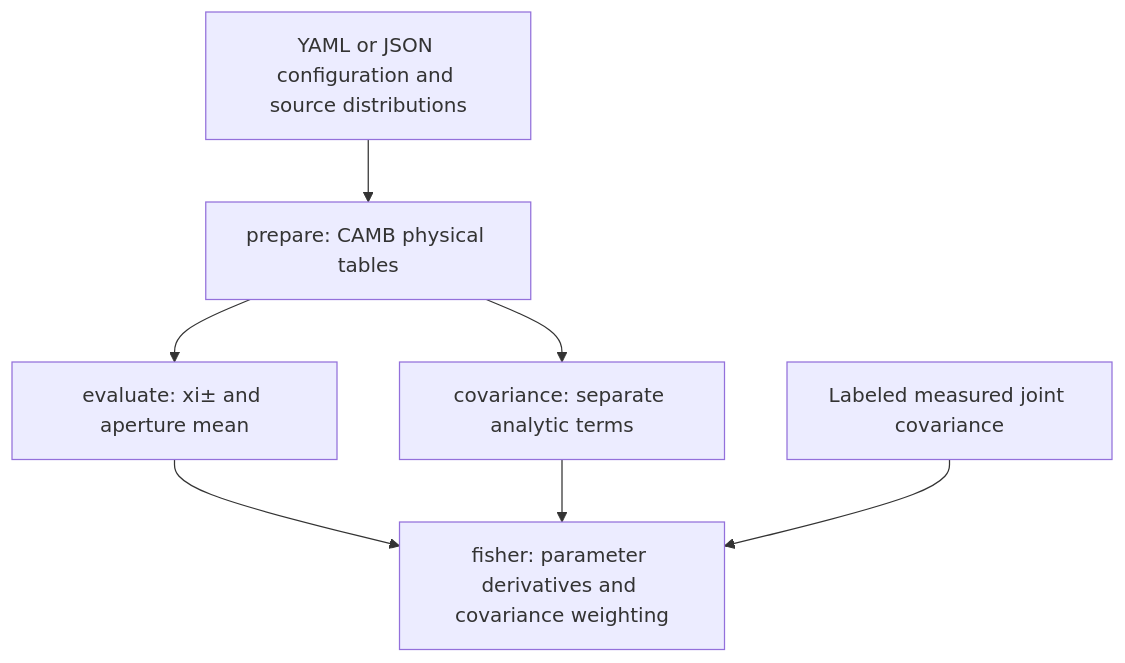
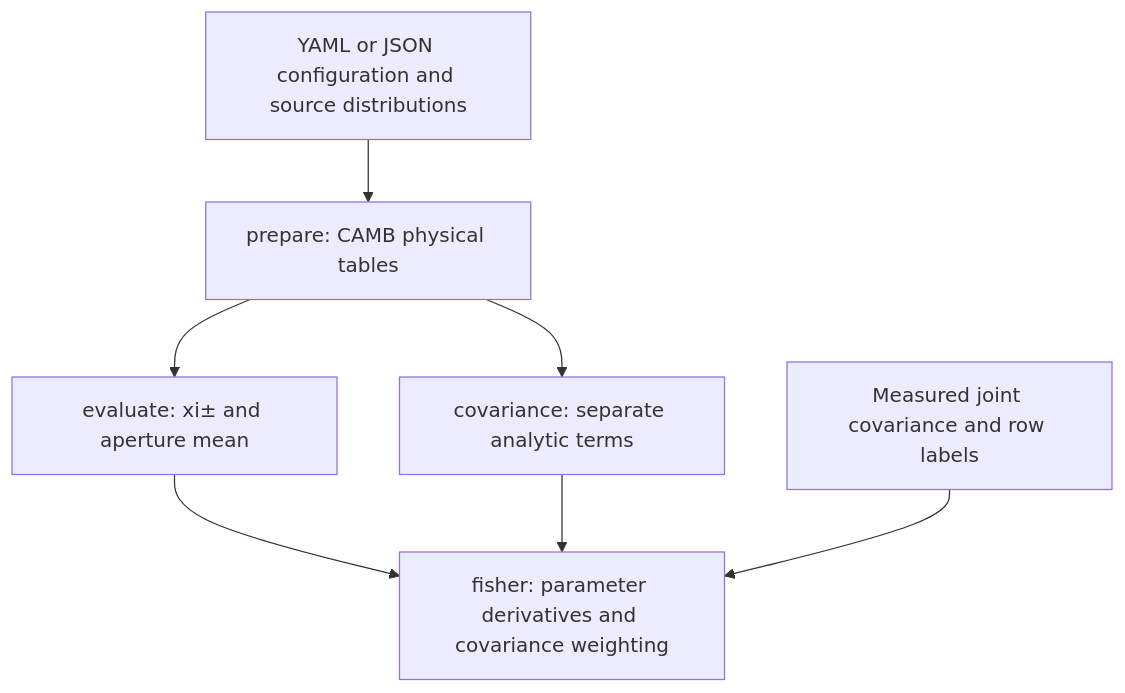
Before and after one commit to SBU-COSMOLIKE/cocoa_des_3pcf: the diagram in README.md, drawn with Mermaid. The commit also changed other lines of this file and 14 other files, not shown here.

````diff
--- a/README.md
+++ b/README.md
@@ -41,9 +48,9 @@
 ```mermaid
 flowchart TB
   A["YAML or JSON configuration and source distributions"] --> B["prepare: CAMB physical tables"]
   B --> C["evaluate: xi± and aperture mean"]
   B --> D["covariance: separate analytic terms"]
   C --> E["fisher: parameter derivatives and covariance weighting"]
   D --> E
-  F["Labeled measured joint covariance"] --> E
+  F["Measured joint covariance and row labels"] --> E
 ```
````
